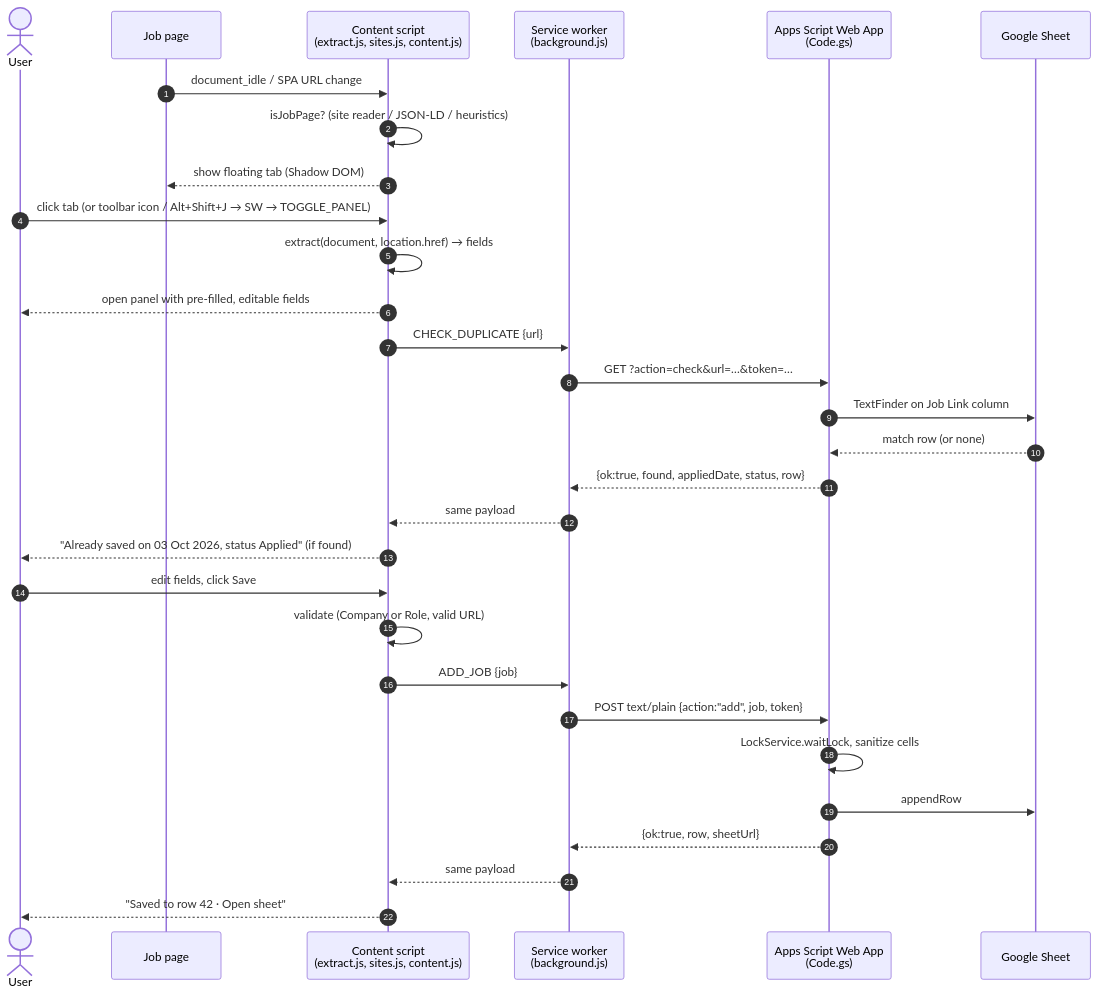
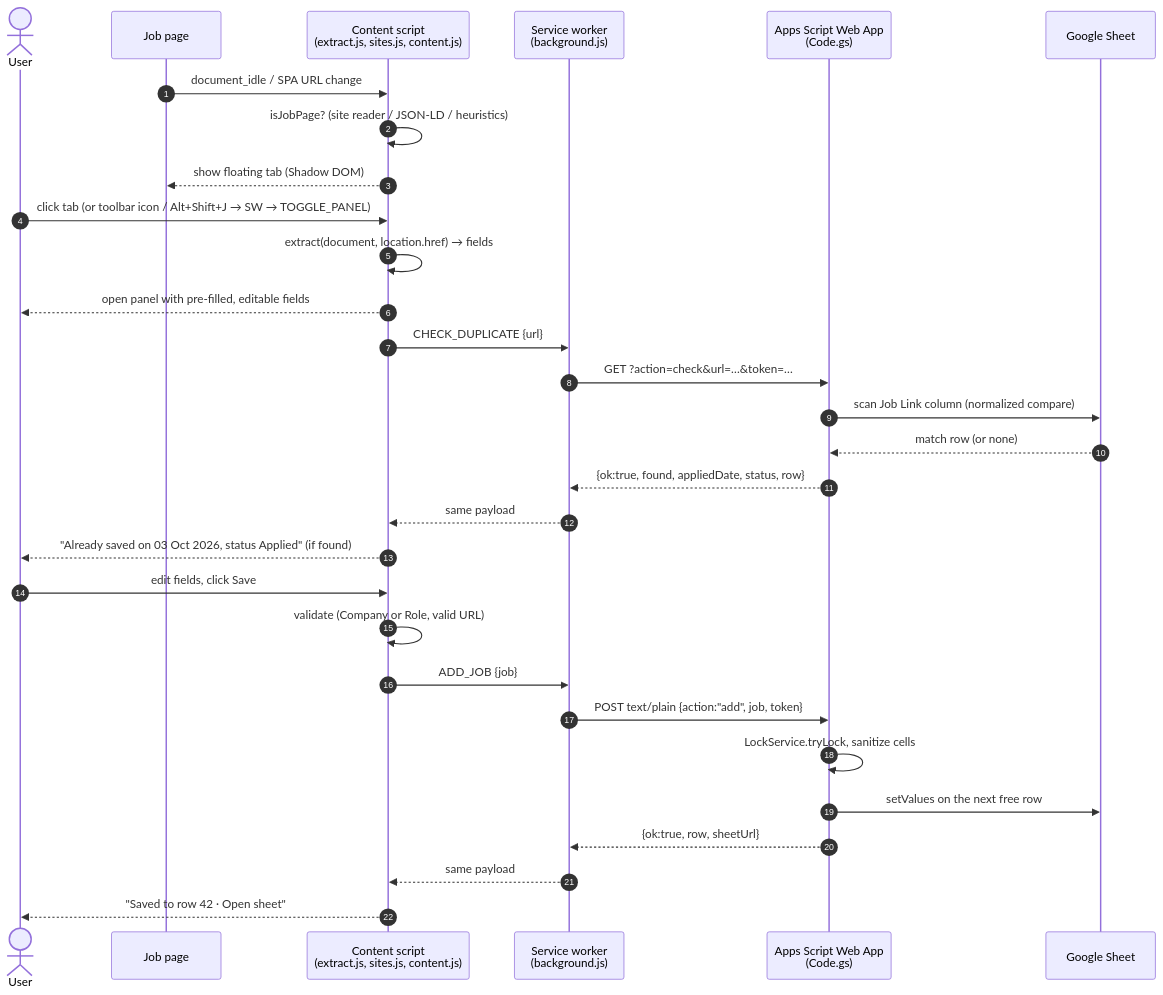
Before and after one commit to piyushd12/job-application-tracker: the diagram in docs/ARCHITECTURE.md, drawn with Mermaid. The commit also changed other lines of this file and 2 other files, not shown here.

````diff
--- a/docs/ARCHITECTURE.md
+++ b/docs/ARCHITECTURE.md
@@ -54,33 +54,33 @@
 ```mermaid
 sequenceDiagram
     autonumber
     actor U as User
     participant P as Job page
     participant CS as Content script<br/>(extract.js, sites.js, content.js)
     participant SW as Service worker<br/>(background.js)
     participant AS as Apps Script Web App<br/>(Code.gs)
     participant S as Google Sheet
 
     P->>CS: document_idle / SPA URL change
     CS->>CS: isJobPage? (site reader / JSON-LD / heuristics)
     CS-->>P: show floating tab (Shadow DOM)
     U->>CS: click tab (or toolbar icon / Alt+Shift+J → SW → TOGGLE_PANEL)
     CS->>CS: extract(document, location.href) → fields
     CS-->>U: open panel with pre-filled, editable fields
     CS->>SW: CHECK_DUPLICATE {url}
     SW->>AS: GET ?action=check&url=…&token=…
-    AS->>S: TextFinder on Job Link column
+    AS->>S: scan Job Link column (normalized compare)
     S-->>AS: match row (or none)
     AS-->>SW: {ok:true, found, appliedDate, status, row}
     SW-->>CS: same payload
     CS-->>U: "Already saved on 03 Oct 2026, status Applied" (if found)
     U->>CS: edit fields, click Save
     CS->>CS: validate (Company or Role, valid URL)
     CS->>SW: ADD_JOB {job}
     SW->>AS: POST text/plain {action:"add", job, token}
-    AS->>AS: LockService.waitLock, sanitize cells
-    AS->>S: appendRow
+    AS->>AS: LockService.tryLock, sanitize cells
+    AS->>S: setValues on the next free row
     AS-->>SW: {ok:true, row, sheetUrl}
     SW-->>CS: same payload
     CS-->>U: "Saved to row 42 · Open sheet"
 ```
````
